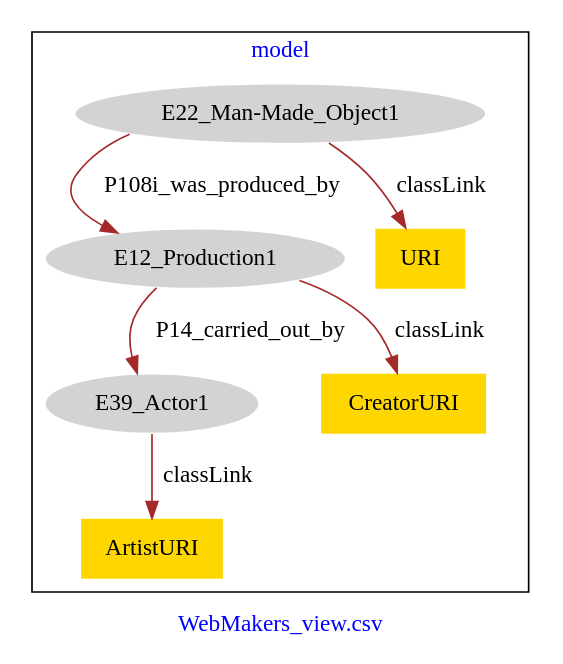
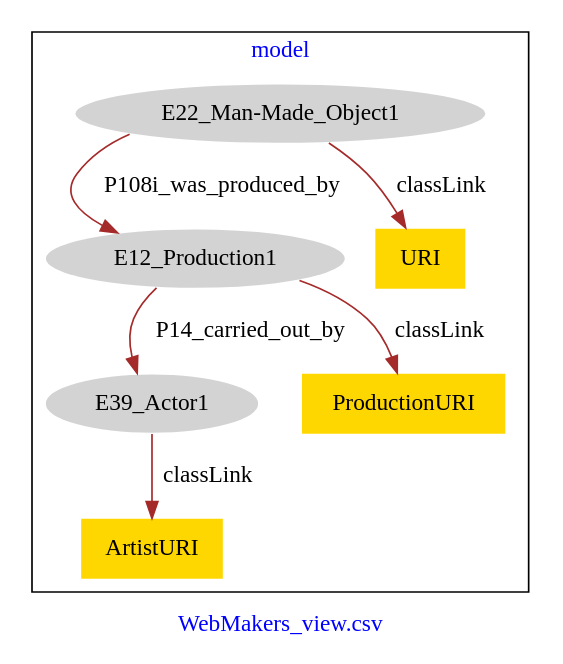
One commit to american-art/SAAM changed the diagram in WebMakers_view/WebMakers_view-model.dot. Above: the diagram before and after it, drawn with Graphviz.

Commit message:
Update file WebMakers_view-model.dot

```diff
--- a/WebMakers_view/WebMakers_view-model.dot
+++ b/WebMakers_view/WebMakers_view-model.dot
@@ -1,19 +1,19 @@
 digraph n0 {
 fontcolor="blue"
 remincross="true"
 label="WebMakers_view.csv"
 subgraph cluster {
 label="model"
 n2[style="filled",color="white",fillcolor="lightgray",label="E12_Production1"];
 n3[style="filled",color="white",fillcolor="lightgray",label="E39_Actor1"];
 n4[style="filled",color="white",fillcolor="lightgray",label="E22_Man-Made_Object1"];
-n5[shape="plaintext",style="filled",fillcolor="gold",label="CreatorURI"];
-n6[shape="plaintext",style="filled",fillcolor="gold",label="URI"];
+n5[shape="plaintext",style="filled",fillcolor="gold",label="URI"];
+n6[shape="plaintext",style="filled",fillcolor="gold",label="ProductionURI"];
 n7[shape="plaintext",style="filled",fillcolor="gold",label="ArtistURI"];
 }
 n2 -> n3[color="brown",fontcolor="black",label="P14_carried_out_by"]
 n4 -> n2[color="brown",fontcolor="black",label="P108i_was_produced_by"]
-n2 -> n5[color="brown",fontcolor="black",label="classLink"]
-n4 -> n6[color="brown",fontcolor="black",label="classLink"]
+n4 -> n5[color="brown",fontcolor="black",label="classLink"]
+n2 -> n6[color="brown",fontcolor="black",label="classLink"]
 n3 -> n7[color="brown",fontcolor="black",label="classLink"]
 }
```
